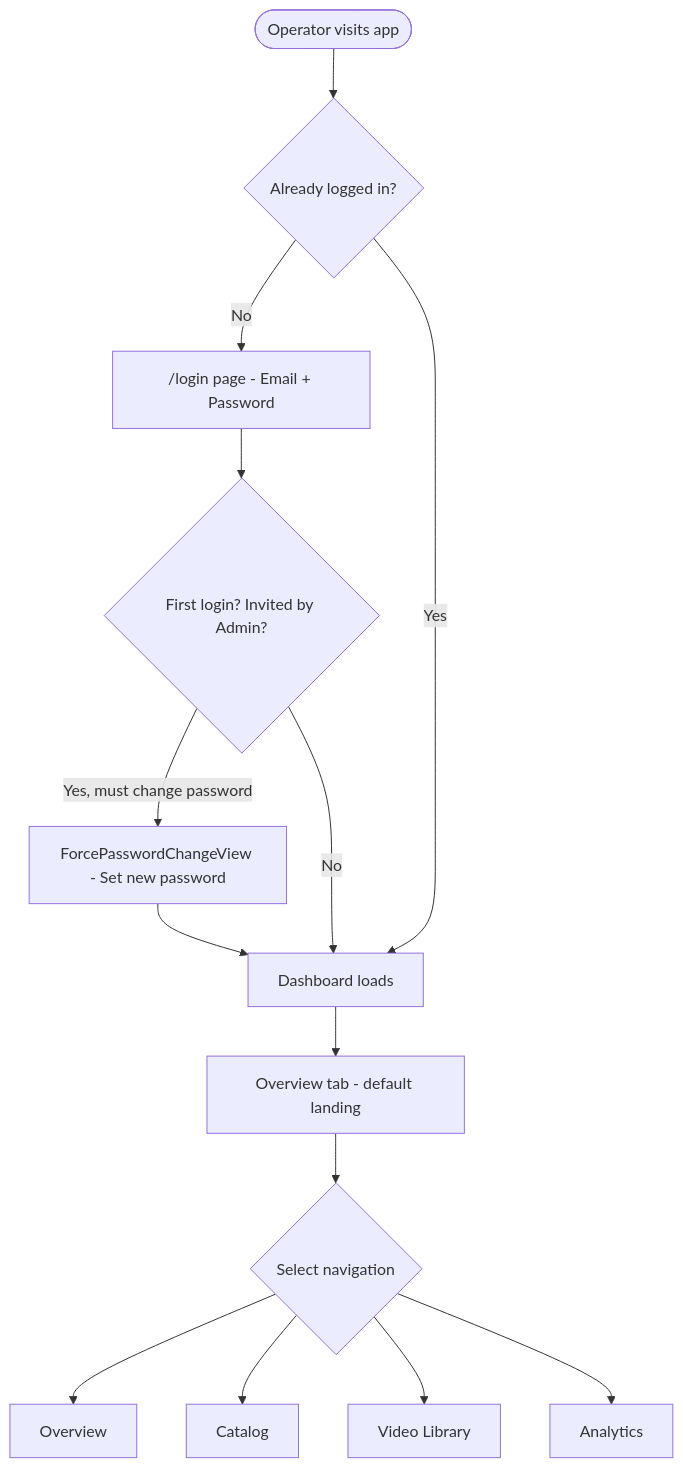
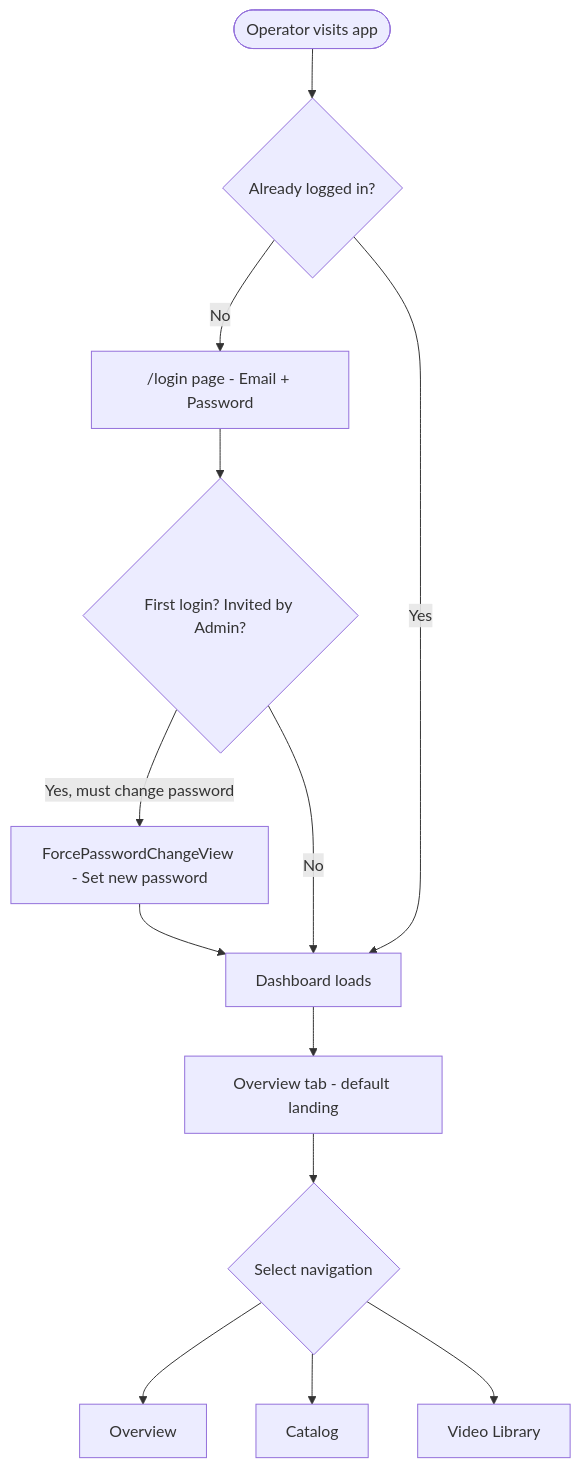
One commit to Lyduke56/BuckedUp-Dashboard-Lifewood changed the first of 18 diagrams in role_workflows.md. Above: the diagram before and after it, drawn with Mermaid. The commit also changed other lines of this file and 6 other files, not shown here.

````diff
--- a/role_workflows.md
+++ b/role_workflows.md
@@ -66,16 +66,15 @@
 ```mermaid
 flowchart TD
     A([Operator visits app]) --> B{Already logged in?}
     B -- No --> C["/login page - Email + Password"]
     C --> D{"First login? Invited by Admin?"}
     D -- "Yes, must change password" --> E["ForcePasswordChangeView - Set new password"]
     E --> F[Dashboard loads]
     D -- No --> F
     B -- Yes --> F
     F --> G["Overview tab - default landing"]
     G --> H{Select navigation}
     H --> TAB1[Overview]
     H --> TAB2[Catalog]
     H --> TAB3[Video Library]
-    H --> TAB4[Analytics]
 ```
````
